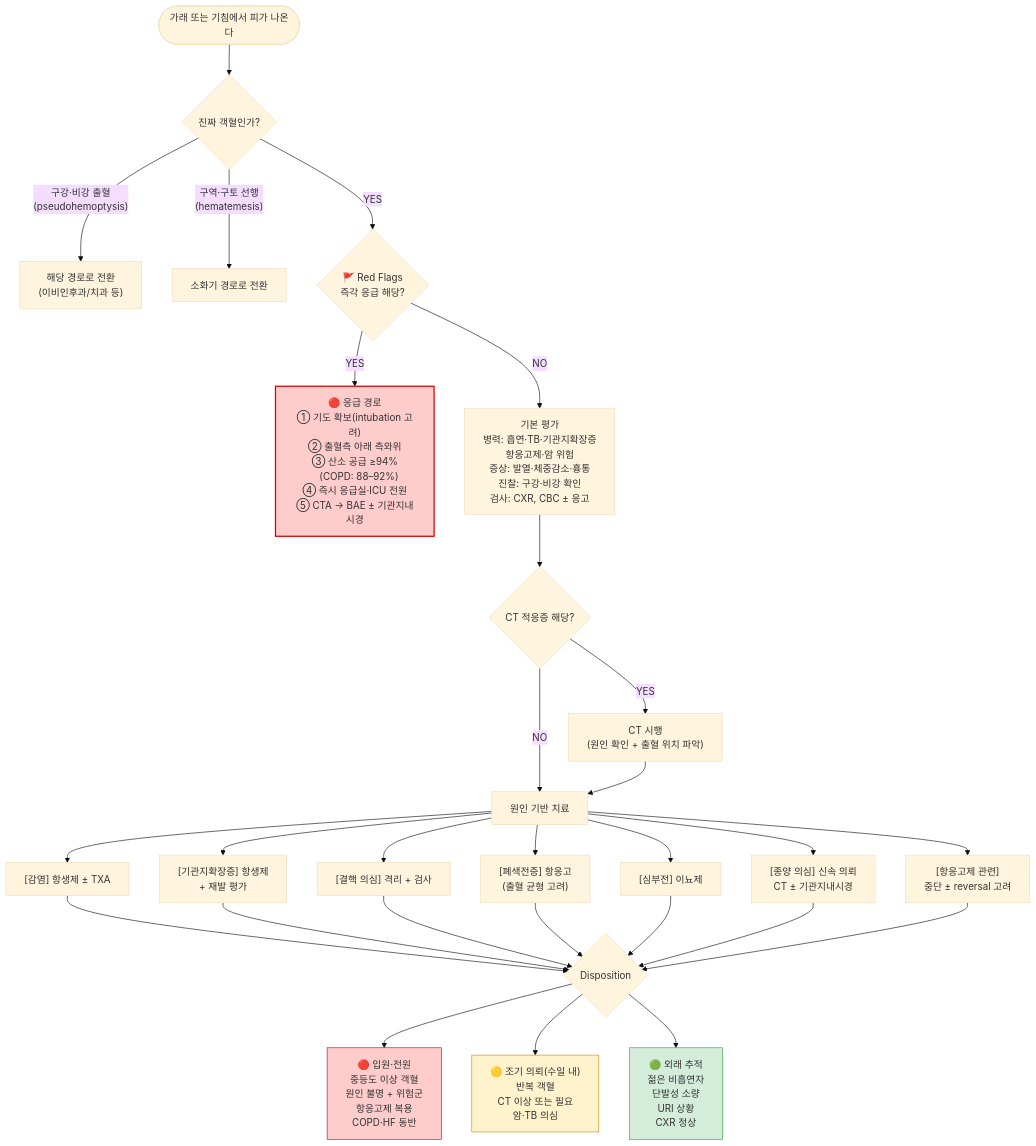
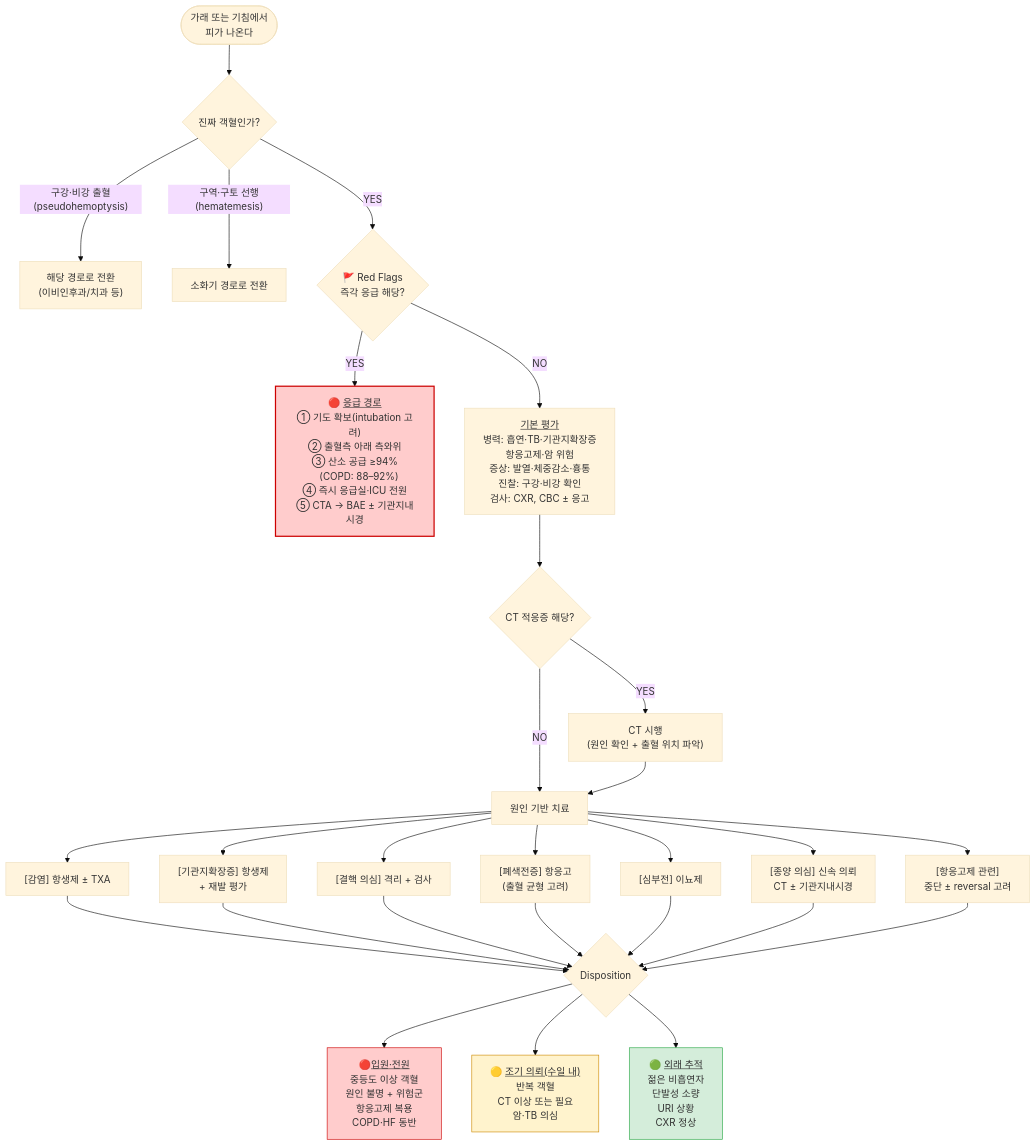
One commit to familyoh77/familyoh77 changed the diagram in 220_/008_-hemoptysis.md. Above: the diagram before and after it, drawn with Mermaid (base theme). The commit also changed other lines of this file, not shown here.

Commit message:
GITBOOK-739: No subject

````diff
--- a/220_/008_-hemoptysis.md
+++ b/220_/008_-hemoptysis.md
@@ -82,35 +83,35 @@
 ```mermaid
 graph TD
-    A(["가래 또는 기침에서 피가 나온다"]) --> B{"진짜 객혈인가?"}
-    B -- "구강·비강 출혈\n(pseudohemoptysis)" --> C["해당 경로로 전환\n(이비인후과/치과 등)"]
-    B -- "구역·구토 선행\n(hematemesis)" --> D["소화기 경로로 전환"]
-    B -- "YES" --> E{"🚩 Red Flags\n즉각 응급 해당?"}
+    A(["가래 또는 기침에서 <br/>피가 나온다"]) --> B{"진짜 객혈인가?"}
+    B -- "구강·비강 출혈(pseudohemoptysis)" --> C["해당 경로로 전환<br/>(이비인후과/치과 등)"]
+    B -- "구역·구토 선행(hematemesis)" --> D["소화기 경로로 전환"]
+    B -- "YES" --> E{"🚩 Red Flags<br/>즉각 응급 해당?"}
 
-    E -- "YES" --> F["🔴 응급 경로\n① 기도 확보(intubation 고려)\n② 출혈측 아래 측와위\n③ 산소 공급 ≥94%\n   (COPD: 88–92%)\n④ 즉시 응급실·ICU 전원\n⑤ CTA → BAE ± 기관지내시경"]
+    E -- "YES" --> F["🔴 <u>응급 경로</u><br/>① 기도 확보(intubation 고려)<br/>② 출혈측 아래 측와위<br/>③ 산소 공급 ≥94%<br/>   (COPD: 88–92%)<br/>④ 즉시 응급실·ICU 전원<br/>⑤ CTA → BAE ± 기관지내시경"]
 
-    E -- "NO" --> G["기본 평가\n병력: 흡연·TB·기관지확장증\n       항응고제·암 위험\n증상: 발열·체중감소·흉통\n진찰: 구강·비강 확인\n검사: CXR, CBC ± 응고"]
+    E -- "NO" --> G["<u>기본 평가</u><br/>병력: 흡연·TB·기관지확장증<br/>       항응고제·암 위험<br/>증상: 발열·체중감소·흉통<br/>진찰: 구강·비강 확인<br/>검사: CXR, CBC ± 응고"]
 
     G --> H{"CT 적응증 해당?"}
-    H -- "YES" --> I["CT 시행\n(원인 확인 + 출혈 위치 파악)"]
+    H -- "YES" --> I["CT 시행<br/>(원인 확인 + 출혈 위치 파악)"]
     H -- "NO" --> J["원인 기반 치료"]
     I --> J
 
     J --> J1["[감염] 항생제 ± TXA"]
-    J --> J2["[기관지확장증] 항생제\n+ 재발 평가"]
+    J --> J2["[기관지확장증] 항생제<br/>+ 재발 평가"]
     J --> J3["[결핵 의심] 격리 + 검사"]
-    J --> J4["[폐색전증] 항응고\n(출혈 균형 고려)"]
+    J --> J4["[폐색전증] 항응고<br/>(출혈 균형 고려)"]
     J --> J5["[심부전] 이뇨제"]
-    J --> J6["[종양 의심] 신속 의뢰\nCT ± 기관지내시경"]
-    J --> J7["[항응고제 관련]\n중단 ± reversal 고려"]
+    J --> J6["[종양 의심] 신속 의뢰<br/>CT ± 기관지내시경"]
+    J --> J7["[항응고제 관련]<br/>중단 ± reversal 고려"]
 
     J1 & J2 & J3 & J4 & J5 & J6 & J7 --> K{"Disposition"}
 
-    K --> K1["🔴 입원·전원\n중등도 이상 객혈\n원인 불명 + 위험군\n항응고제 복용\nCOPD·HF 동반"]
-    K --> K2["🟡 조기 의뢰(수일 내)\n반복 객혈\nCT 이상 또는 필요\n암·TB 의심"]
-    K --> K3["🟢 외래 추적\n젊은 비흡연자\n단발성 소량\nURI 상황\nCXR 정상"]
+    K --> K1["🔴<u>입원·전원</u><br/>중등도 이상 객혈<br/>원인 불명 + 위험군<br/>항응고제 복용<br/>COPD·HF 동반"]
+    K --> K2["🟡 <u>조기 의뢰(수일 내)</u><br/>반복 객혈<br/>CT 이상 또는 필요<br/>암·TB 의심"]
+    K --> K3["🟢 <u>외래 추적</u><br/>젊은 비흡연자<br/>단발성 소량<br/>URI 상황<br/>CXR 정상"]
 
     style F fill:#ffcccc,stroke:#cc0000,stroke-width:2px
     style K1 fill:#ffcccc,stroke:#cc0000,stroke-width:1px
     style K2 fill:#fff3cd,stroke:#cc8800,stroke-width:1px
     style K3 fill:#d4edda,stroke:#28a745,stroke-width:1px
 ```
````
